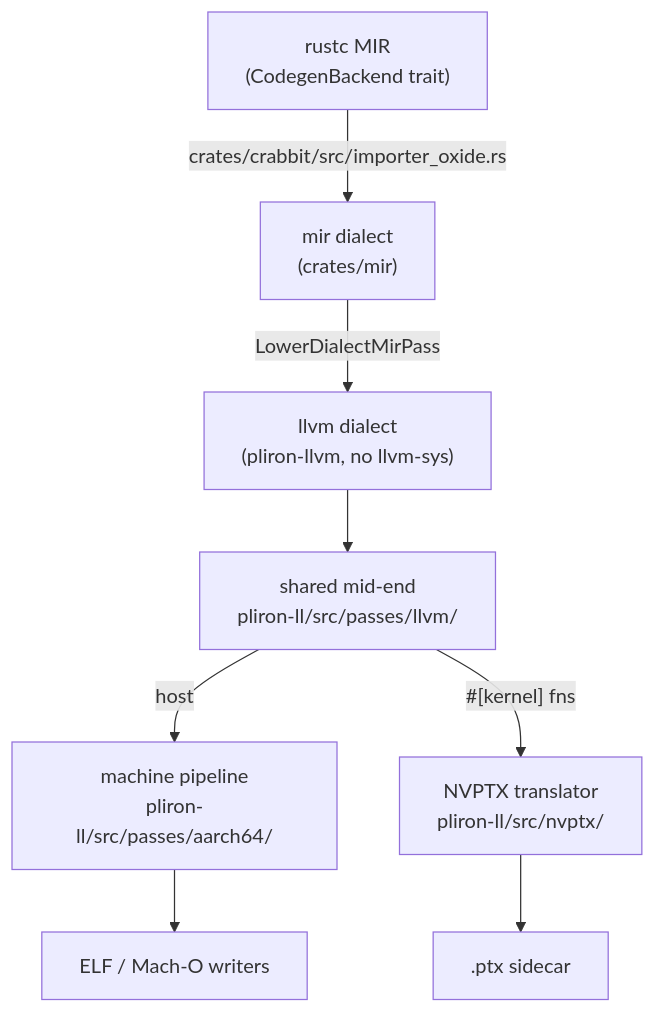
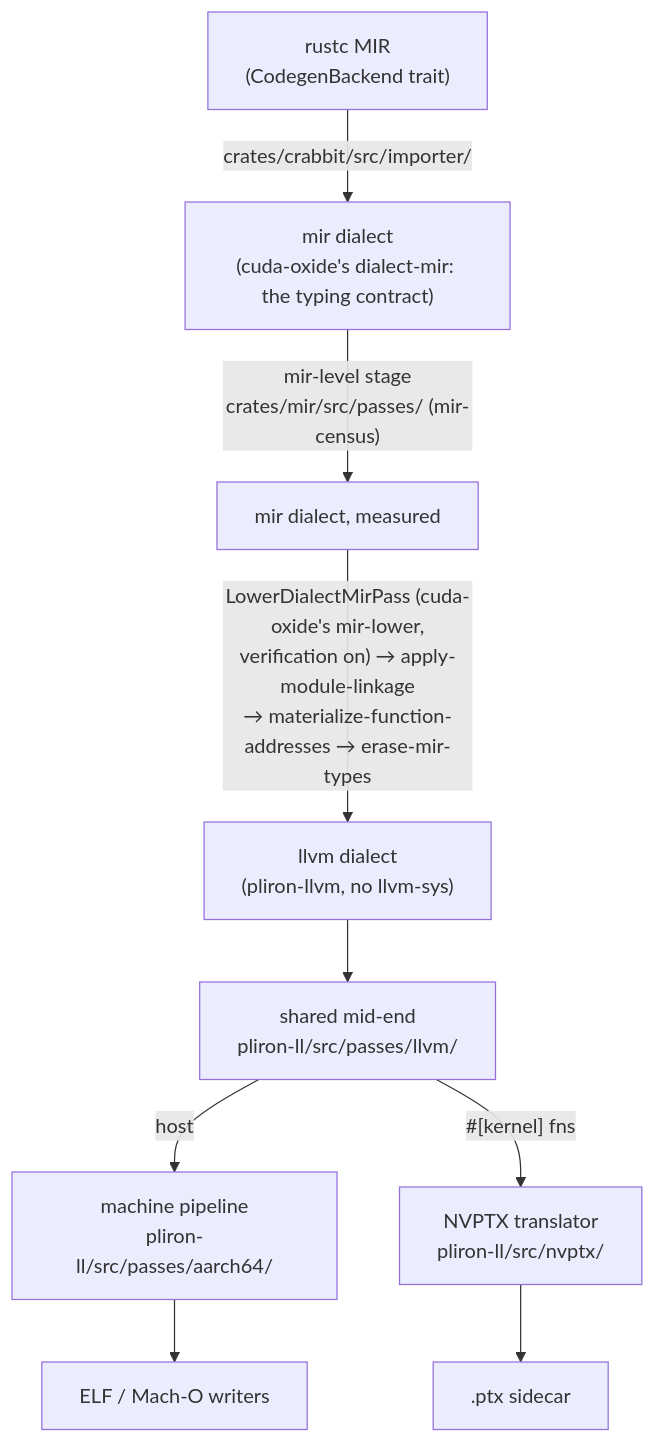
The first of 2 diagrams in docs/ARCHITECTURE.md (montaglue/crabbit), drawn with Mermaid before and after one commit. The commit also changed other lines of this file and 80 other files, not shown here.

Commit message:
mir: NVIDIA's dialect-mir and mir-lower as unpatched upstream dependencies

````diff
--- a/docs/ARCHITECTURE.md
+++ b/docs/ARCHITECTURE.md
@@ -8,10 +8,11 @@
 ```mermaid
 flowchart TD
-    MIR["rustc MIR<br/>(CodegenBackend trait)"] -->|"crates/crabbit/src/importer_oxide.rs"| MIRD["mir dialect<br/>(crates/mir)"]
-    MIRD -->|LowerDialectMirPass| LLVMD["llvm dialect<br/>(pliron-llvm, no llvm-sys)"]
+    MIR["rustc MIR<br/>(CodegenBackend trait)"] -->|"crates/crabbit/src/importer/"| MIRD["mir dialect<br/>(cuda-oxide's dialect-mir: the typing contract)"]
+    MIRD -->|"mir-level stage<br/>crates/mir/src/passes/ (mir-census)"| MIRA["mir dialect, measured"]
+    MIRA -->|"LowerDialectMirPass (cuda-oxide's mir-lower,<br/>verification on) → apply-module-linkage<br/>→ materialize-function-addresses → erase-mir-types"| LLVMD["llvm dialect<br/>(pliron-llvm, no llvm-sys)"]
     LLVMD --> MIDEND["shared mid-end<br/>pliron-ll/src/passes/llvm/"]
     MIDEND -->|host| MACH["machine pipeline<br/>pliron-ll/src/passes/aarch64/"]
     MIDEND -->|"#[kernel] fns"| NVPTX["NVPTX translator<br/>pliron-ll/src/nvptx/"]
     MACH --> OBJ["ELF / Mach-O writers"]
     NVPTX --> PTX[".ptx sidecar"]
 ```
````
